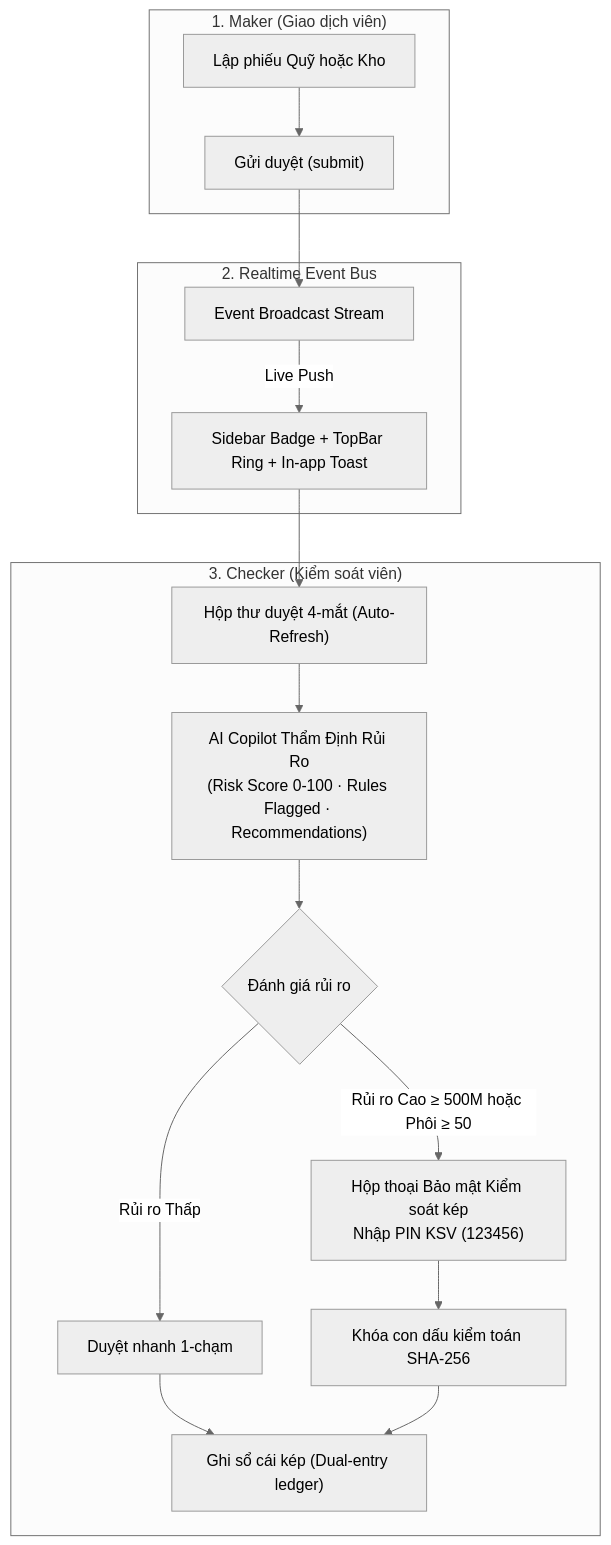
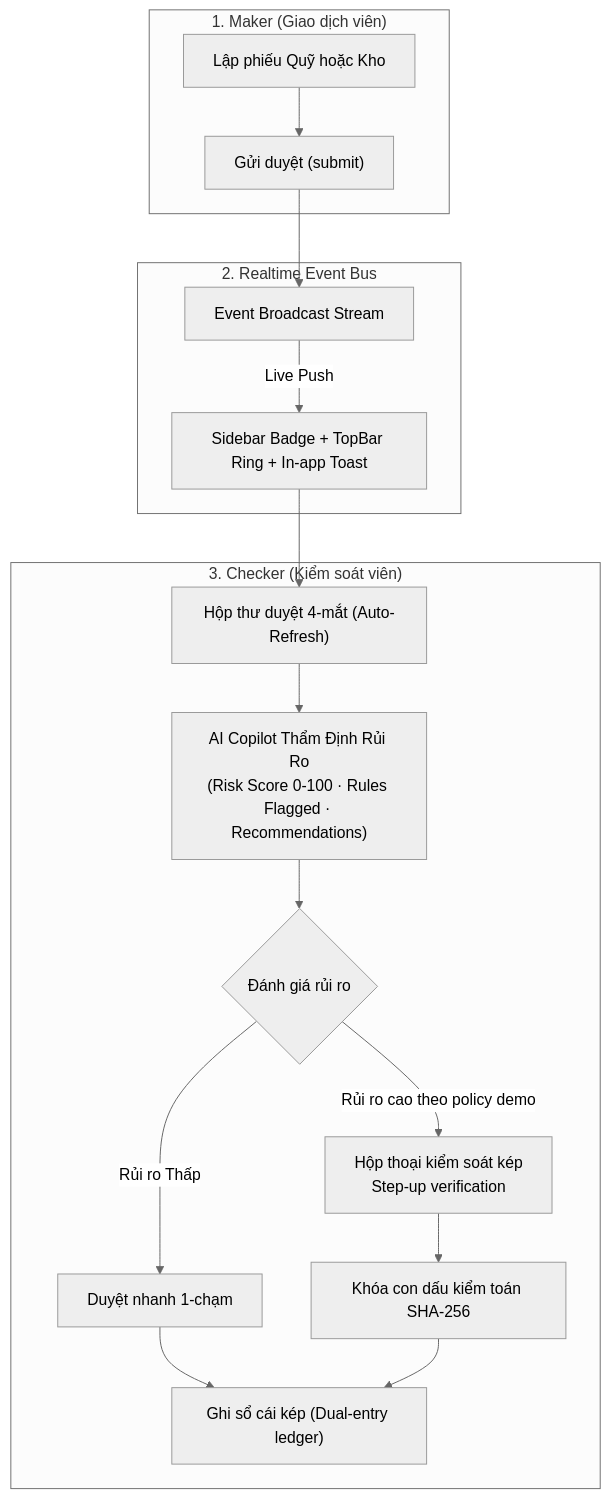
The diagram in README.md (imtarget05/BankOps), drawn with Mermaid (neutral theme) before and after one commit. The commit also changed other lines of this file, not shown here.

````diff
--- a/README.md
+++ b/README.md
@@ -20,22 +20,22 @@
 ```mermaid
 flowchart TD
     subgraph MakerSection ["1. Maker (Giao dịch viên)"]
         M1["Lập phiếu Quỹ hoặc Kho"] --> M2["Gửi duyệt (submit)"]
     end
 
     subgraph RealtimeBus ["2. Realtime Event Bus"]
         M2 --> EB["Event Broadcast Stream"]
         EB -->|"Live Push"| AS["Sidebar Badge + TopBar Ring + In-app Toast"]
     end
 
     subgraph CheckerSection ["3. Checker (Kiểm soát viên)"]
         AS --> AP["Hộp thư duyệt 4-mắt (Auto-Refresh)"]
         AP --> AI["AI Copilot Thẩm Định Rủi Ro<br/>(Risk Score 0-100 · Rules Flagged · Recommendations)"]
         AI --> FlowDecision{"Đánh giá rủi ro"}
         FlowDecision -->|Rủi ro Thấp| QuickApp["Duyệt nhanh 1-chạm"]
-        FlowDecision -->|Rủi ro Cao ≥ 500M hoặc Phôi ≥ 50| SecDialog["Hộp thoại Bảo mật Kiểm soát kép<br/>Nhập PIN KSV (123456)"]
+        FlowDecision -->|Rủi ro cao theo policy demo| SecDialog["Hộp thoại kiểm soát kép<br/>Step-up verification"]
         QuickApp --> DBPost["Ghi sổ cái kép (Dual-entry ledger)"]
         SecDialog --> Stamp["Khóa con dấu kiểm toán SHA-256"]
         Stamp --> DBPost
     end
 ```
````
